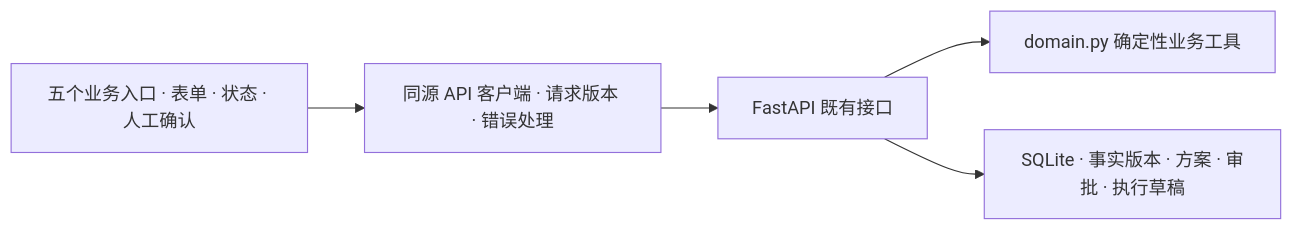
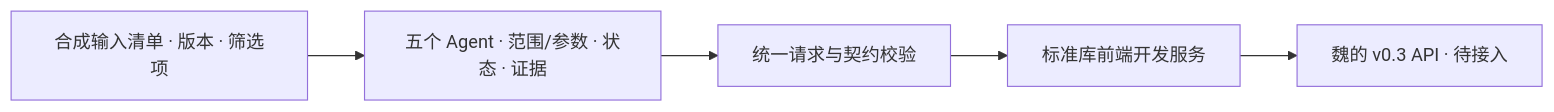
One commit to lyu054553-sketch/xihhhhh changed the first of 2 diagrams in docs/FRONTEND_INTEGRATION.md. Above: the diagram before and after it, drawn with Mermaid. The commit also changed other lines of this file and 15 other files, not shown here.

````diff
--- a/docs/FRONTEND_INTEGRATION.md
+++ b/docs/FRONTEND_INTEGRATION.md
@@ -17,7 +9,7 @@
 ```mermaid
 flowchart LR
-    UI["五个业务入口 · 表单 · 状态 · 人工确认"] --> CLIENT["同源 API 客户端 · 请求版本 · 错误处理"]
-    CLIENT --> API["FastAPI 既有接口"]
-    API --> TOOLS["domain.py 确定性业务工具"]
-    API --> DB["SQLite · 事实版本 · 方案 · 审批 · 执行草稿"]
+    UI["五个 Agent · 范围/参数 · 状态 · 证据"] --> CLIENT["统一请求与契约校验"]
+    CLIENT --> PROXY["标准库前端开发服务"]
+    PROXY --> API["魏的 v0.3 API · 待接入"]
+    INPUT["合成输入清单 · 版本 · 筛选项"] --> UI
 ```
````
